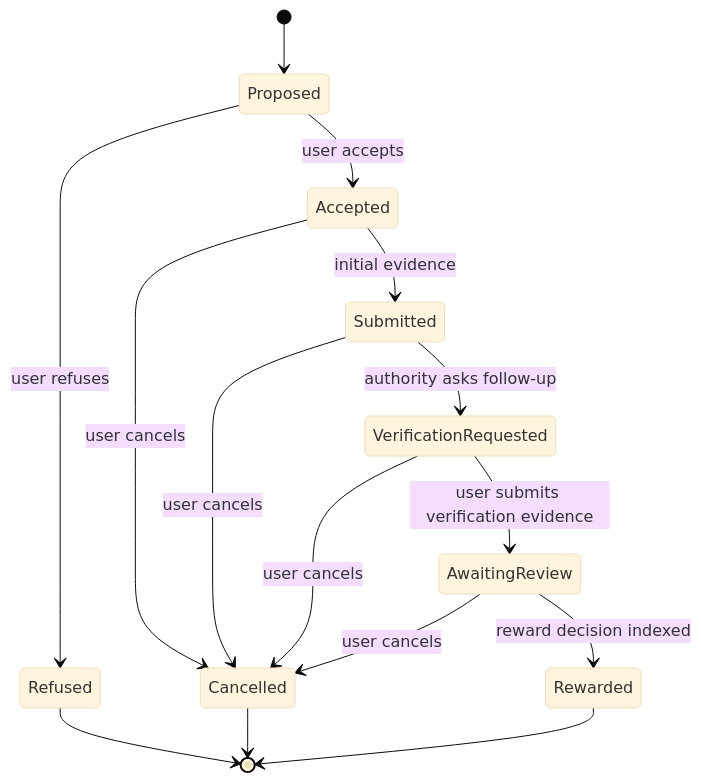
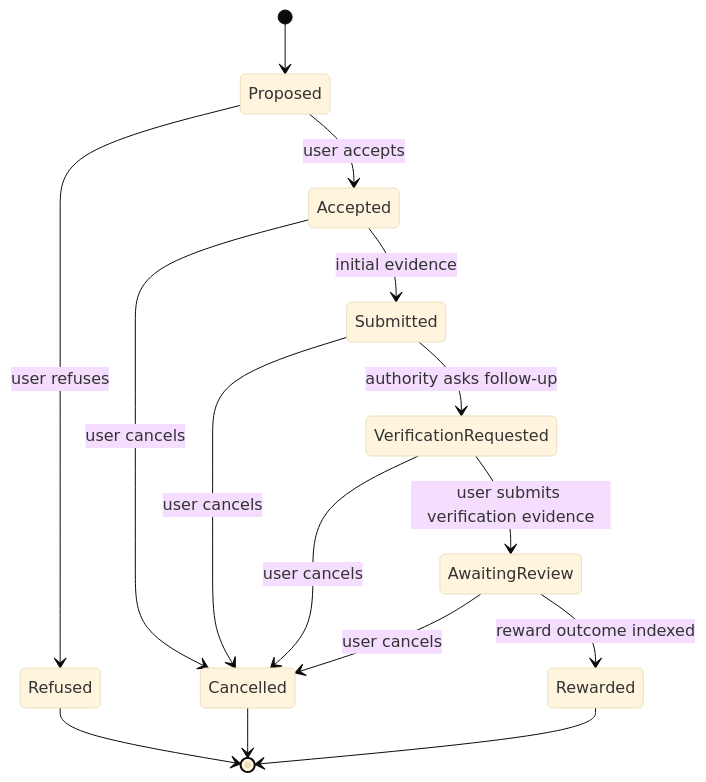
One commit to postfiatorg/tasknode changed the first of 2 diagrams in docs/wiki/surfaces/tasks.md. Above: the diagram before and after it, drawn with Mermaid (base theme). The commit also changed other lines of this file and 206 other files, not shown here.

````diff
--- a/docs/wiki/surfaces/tasks.md
+++ b/docs/wiki/surfaces/tasks.md
@@ -240,17 +276,17 @@
 ```mermaid
 stateDiagram-v2
   [*] --> Proposed
   Proposed --> Accepted: user accepts
   Proposed --> Refused: user refuses
   Accepted --> Submitted: initial evidence
   Submitted --> VerificationRequested: authority asks follow-up
   VerificationRequested --> AwaitingReview: user submits verification evidence
-  AwaitingReview --> Rewarded: reward decision indexed
+  AwaitingReview --> Rewarded: reward outcome indexed
   Accepted --> Cancelled: user cancels
   Submitted --> Cancelled: user cancels
   VerificationRequested --> Cancelled: user cancels
   AwaitingReview --> Cancelled: user cancels
   Refused --> [*]
   Cancelled --> [*]
   Rewarded --> [*]
 ```
````
